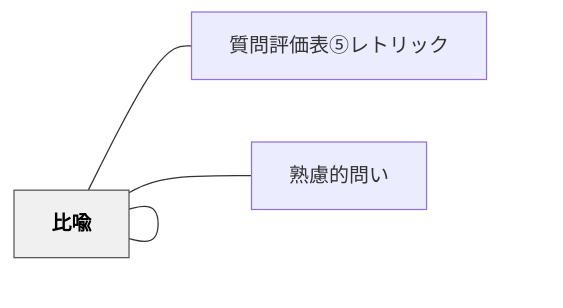
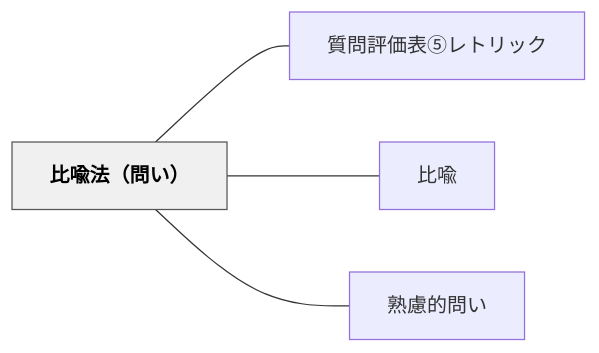
The diagram in content/パタン/比喩法（問い）.md (unknownthings-ed-patterns/unknownthings-ed-patterns), drawn with Mermaid before and after one commit. The commit also changed 527 other files, not shown here.

````diff
--- a/content/パタン/比喩法（問い）.md
+++ b/content/パタン/比喩法（問い）.md
@@ -40,14 +40,14 @@
 ```mermaid
 flowchart LR
-    ne6af94e596a9["比喩法（問い）"]
-    ne8b3aae5958f["質問評価表⑤レトリック"]
+    ne6af94e596a9e6b395efbc88e5958fe38184efbc89["比喩法（問い）"]
+    ne8b3aae5958fe8a995e4bea1e8a1a8e291a4e383ace38388e383aae38383e382af["質問評価表⑤レトリック"]
     ne6af94e596a9["比喩"]
-    ne7869fe685ae["熟慮的問い"]
+    ne7869fe685aee79a84e5958fe38184["熟慮的問い"]
 
-    ne6af94e596a9 --- ne8b3aae5958f
-    ne6af94e596a9 --- ne6af94e596a9
-    ne6af94e596a9 --- ne7869fe685ae
+    ne6af94e596a9e6b395efbc88e5958fe38184efbc89 --- ne8b3aae5958fe8a995e4bea1e8a1a8e291a4e383ace38388e383aae38383e382af
+    ne6af94e596a9e6b395efbc88e5958fe38184efbc89 --- ne6af94e596a9
+    ne6af94e596a9e6b395efbc88e5958fe38184efbc89 --- ne7869fe685aee79a84e5958fe38184
 
     classDef hub fill:#f0f0f0,stroke:#555,color:#000,font-weight:bold
-    class ne6af94e596a9 hub
+    class ne6af94e596a9e6b395efbc88e5958fe38184efbc89 hub
 ```
````
